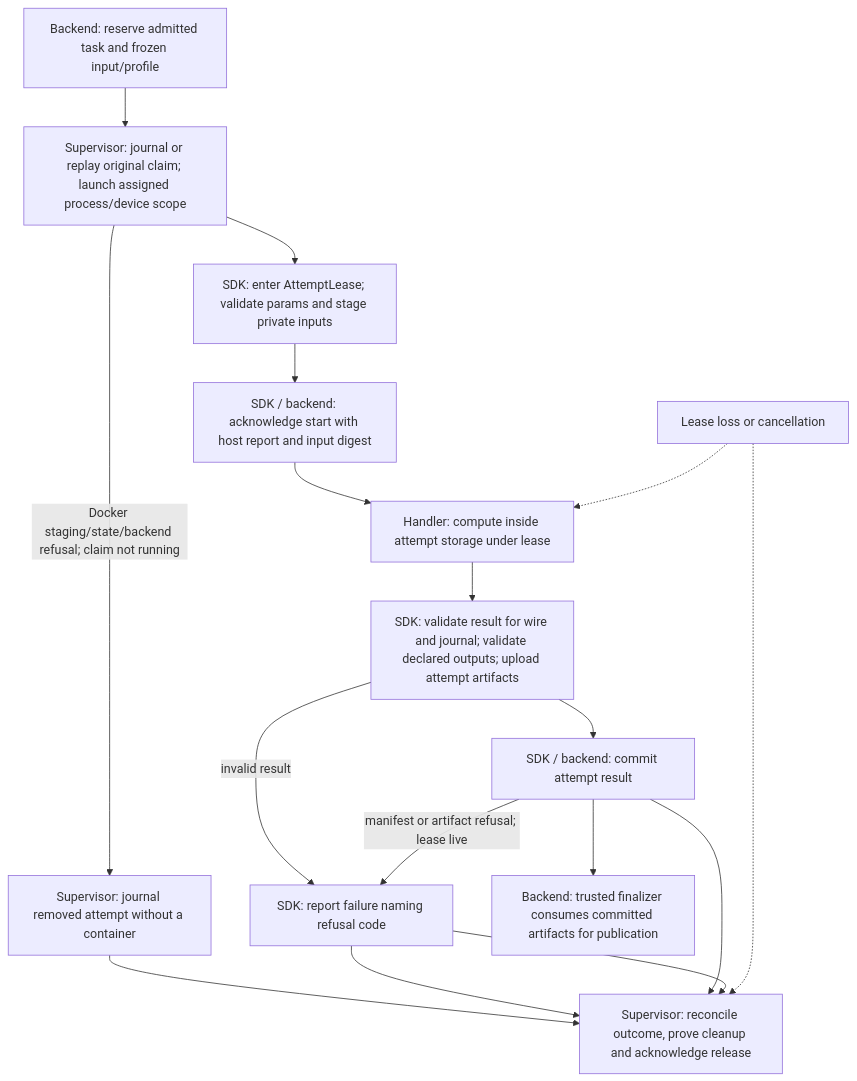
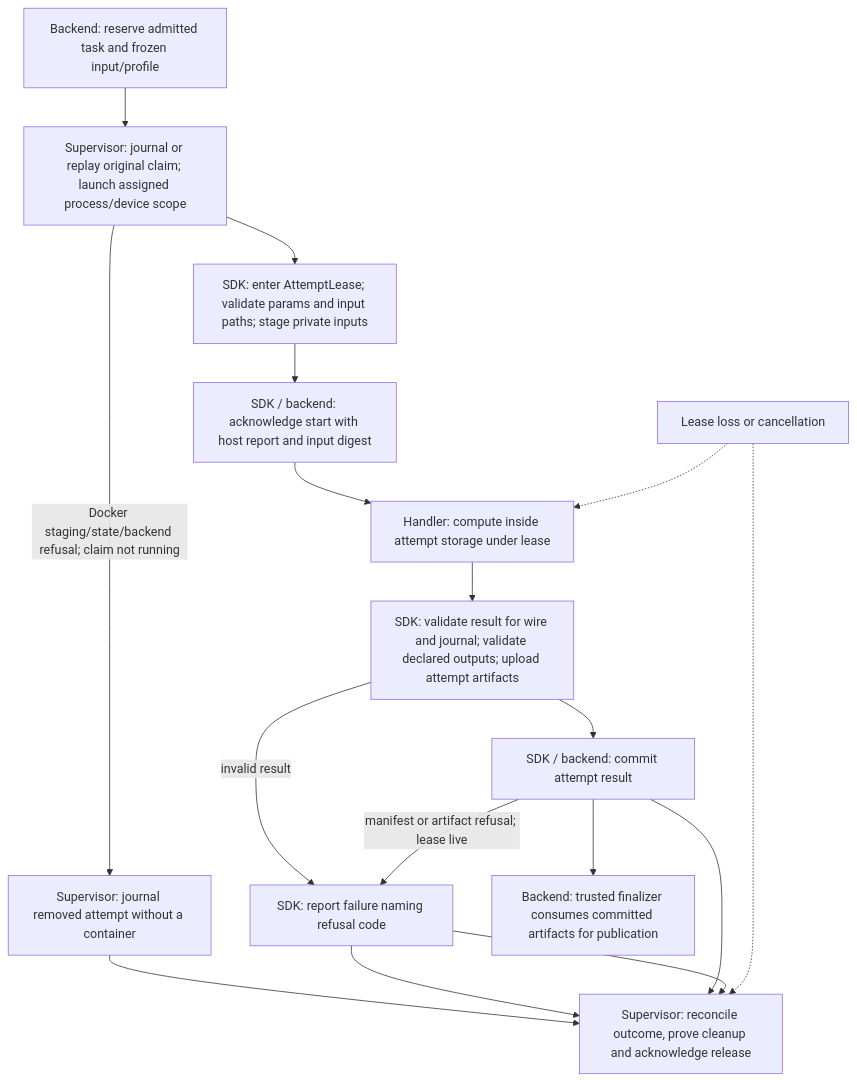
One commit to SyngularXR/task-worker-api changed the second of 2 diagrams in docs/fleet/workflow-standard.md. Above: the diagram before and after it, drawn with Mermaid. The commit also changed other lines of this file and 2 other files, not shown here.

Commit message:
fix(files): reject admitted input directory prefix conflicts (#198)

````diff
--- a/docs/fleet/workflow-standard.md
+++ b/docs/fleet/workflow-standard.md
@@ -101,19 +101,19 @@
 ```mermaid
 flowchart TD
     backend["Backend: reserve admitted task and frozen input/profile"] --> supervisor["Supervisor: journal or replay original claim; launch assigned process/device scope"]
-    supervisor --> stage["SDK: enter AttemptLease; validate params and stage private inputs"]
+    supervisor --> stage["SDK: enter AttemptLease; validate params and input paths; stage private inputs"]
     supervisor -->|Docker staging/state/backend refusal; claim not running| refused["Supervisor: journal removed attempt without a container"]
     refused --> reconcile
     stage --> start["SDK / backend: acknowledge start with host report and input digest"]
     start --> handler["Handler: compute inside attempt storage under lease"]
     handler --> outputs["SDK: validate result for wire and journal; validate declared outputs; upload attempt artifacts"]
     outputs --> commit["SDK / backend: commit attempt result"]
     outputs -->|invalid result| failure["SDK: report failure while started attempt lease is live"]
     failure --> reconcile
     commit --> reconcile["Supervisor: reconcile outcome, prove cleanup and acknowledge release"]
     commit -->|manifest or artifact refusal; lease live| failure["SDK: report failure naming refusal code"]
     failure --> reconcile
     commit --> finalizer["Backend: trusted finalizer consumes committed artifacts for publication"]
     cancel["Lease loss or cancellation"] -.-> handler
     cancel -.-> reconcile
 ```
````
